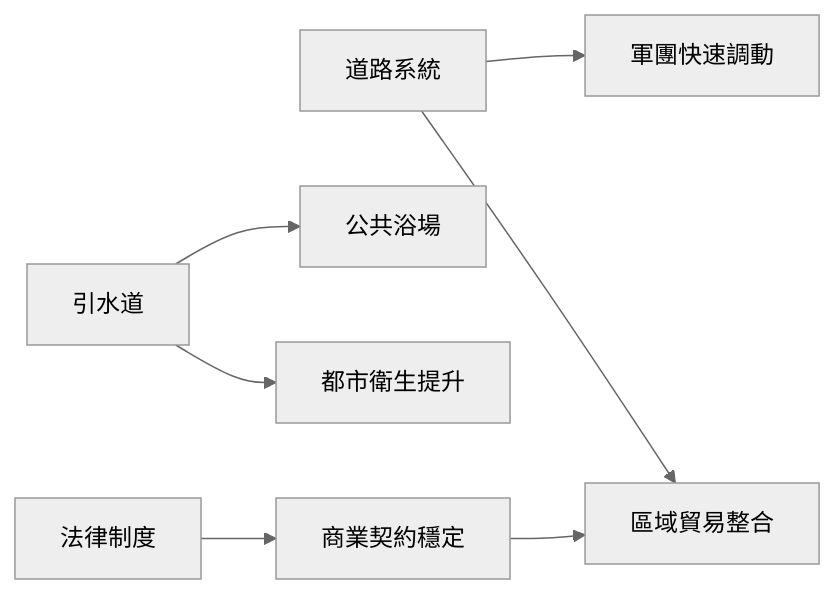
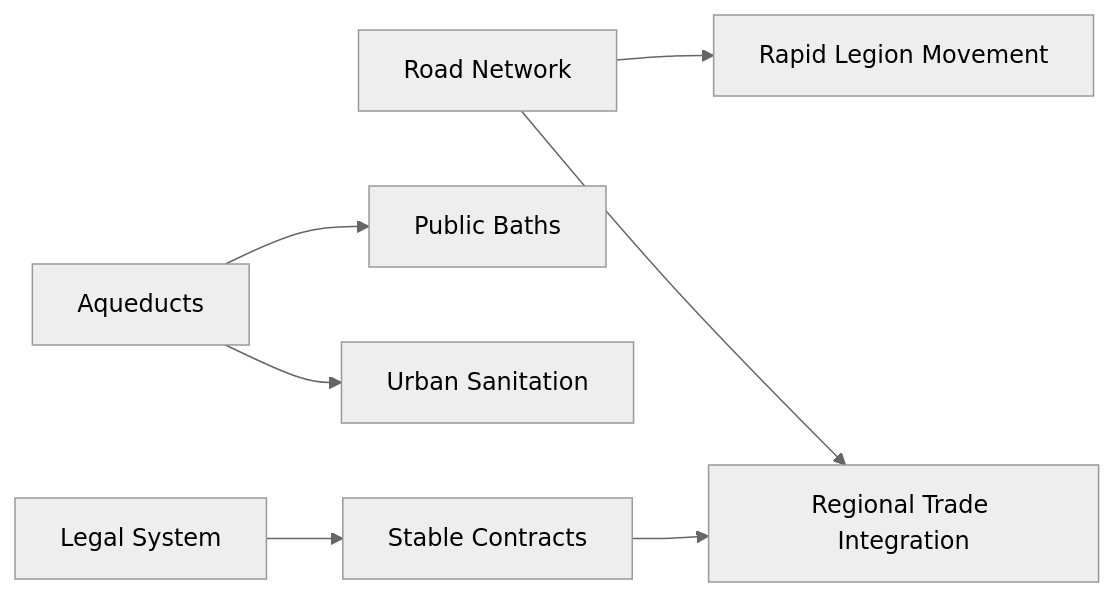
One commit to narumiruna/slidev-example changed the diagram in slides.md. Above: the diagram before and after it, drawn with Mermaid (neutral theme). The commit also changed other lines of this file, not shown here.

Commit message:
translate flowchart labels to English and add caption for clarity

````diff
--- a/slides.md
+++ b/slides.md
@@ -168,9 +168,9 @@
 ```mermaid
 flowchart LR
-A[道路系統] --> B[軍團快速調動]
-A --> C[區域貿易整合]
-D[引水道] --> E[公共浴場]
-D --> F[都市衛生提升]
-G[法律制度] --> H[商業契約穩定]
+A[Road Network] --> B[Rapid Legion Movement]
+A --> C[Regional Trade Integration]
+D[Aqueducts] --> E[Public Baths]
+D --> F[Urban Sanitation]
+G[Legal System] --> H[Stable Contracts]
 H --> C
 ```
````
